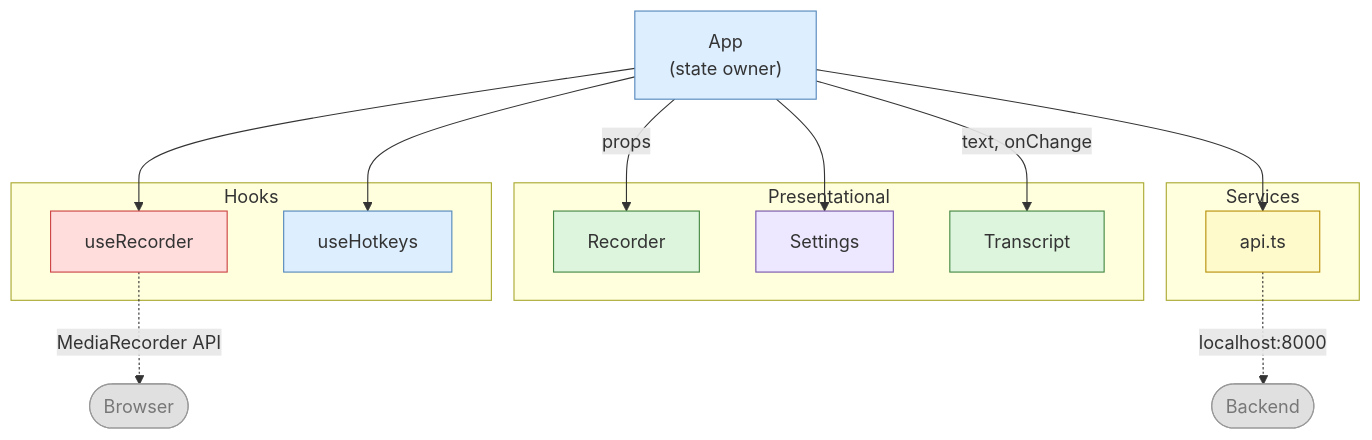
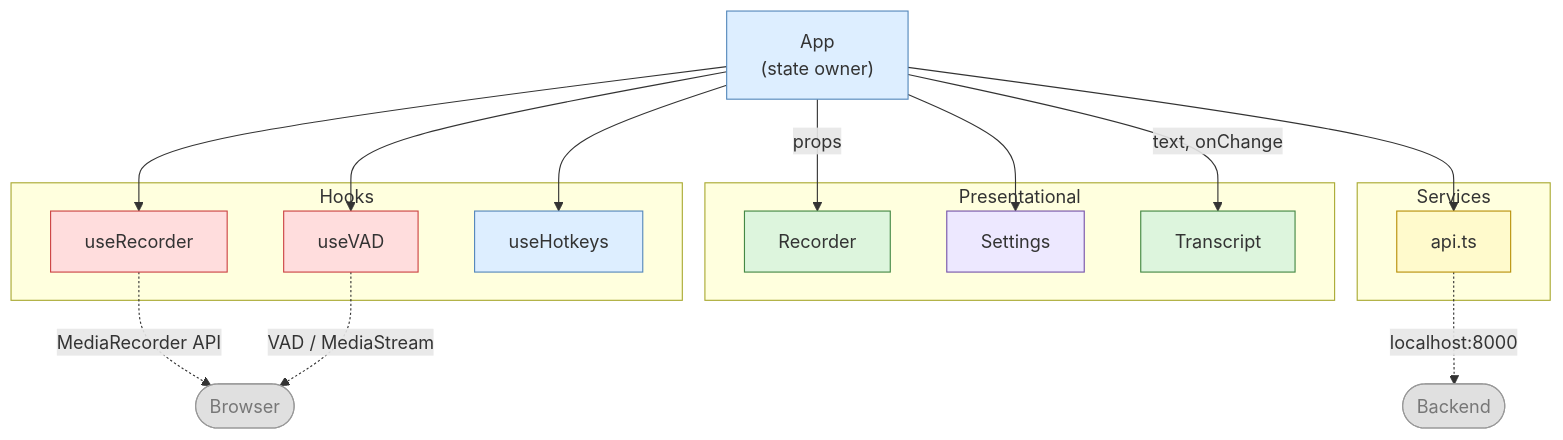
The diagram in docs/diagrams/component-architecture.mmd (JohnYanez95/voice-scribe), drawn with Mermaid before and after one commit. The commit also changed 6 other files, not shown here.

First line of the commit message:
Gate 2: update diagrams for v2.2 continuous mode

```diff
--- a/docs/diagrams/component-architecture.mmd
+++ b/docs/diagrams/component-architecture.mmd
@@ -1,37 +1,41 @@
 flowchart TB
     App["App\n(state owner)"]
 
     subgraph Hooks ["Hooks"]
         useRecorder["useRecorder"]
+        useVAD["useVAD"]
         useHotkeys["useHotkeys"]
     end
 
     subgraph Presentational ["Presentational"]
         Recorder["Recorder"]
         Settings["Settings"]
         Transcript["Transcript"]
     end
 
     subgraph Services ["Services"]
         api["api.ts"]
     end
 
     App --> useRecorder
+    App --> useVAD
     App --> useHotkeys
     App -->|"props"| Recorder
     App --> Settings
     App -->|"text, onChange"| Transcript
     App --> api
 
     useRecorder -.->|"MediaRecorder API"| mic(["Browser"])
+    useVAD -.->|"VAD / MediaStream"| mic
     api -.->|"localhost:8000"| backend(["Backend"])
 
     style App         fill:#ddeeff,stroke:#5588bb,color:#333
     style useRecorder fill:#ffdddd,stroke:#cc4444,color:#333
+    style useVAD      fill:#ffdddd,stroke:#cc4444,color:#333
     style useHotkeys  fill:#ddeeff,stroke:#5588bb,color:#333
     style Recorder    fill:#ddf5dd,stroke:#448844,color:#333
     style Settings    fill:#ede8ff,stroke:#7755aa,color:#333
     style Transcript  fill:#ddf5dd,stroke:#448844,color:#333
     style api         fill:#fffacc,stroke:#b8900a,color:#333
     style mic         fill:#e0e0e0,stroke:#999999,color:#777
     style backend     fill:#e0e0e0,stroke:#999999,color:#777
```
